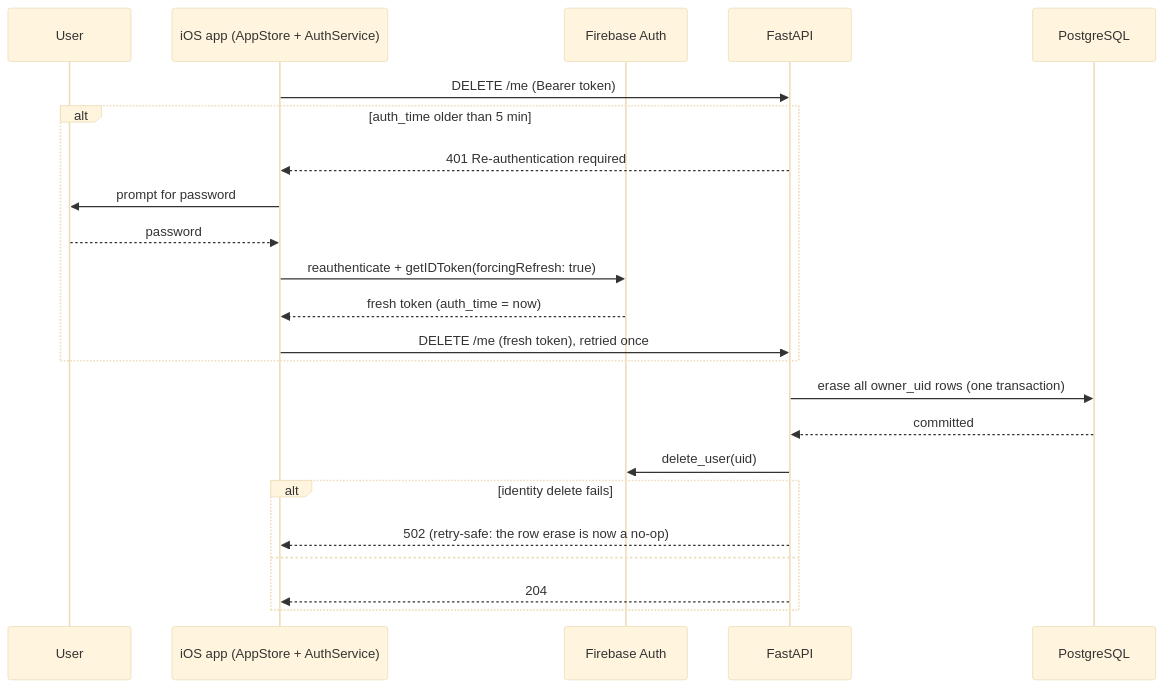
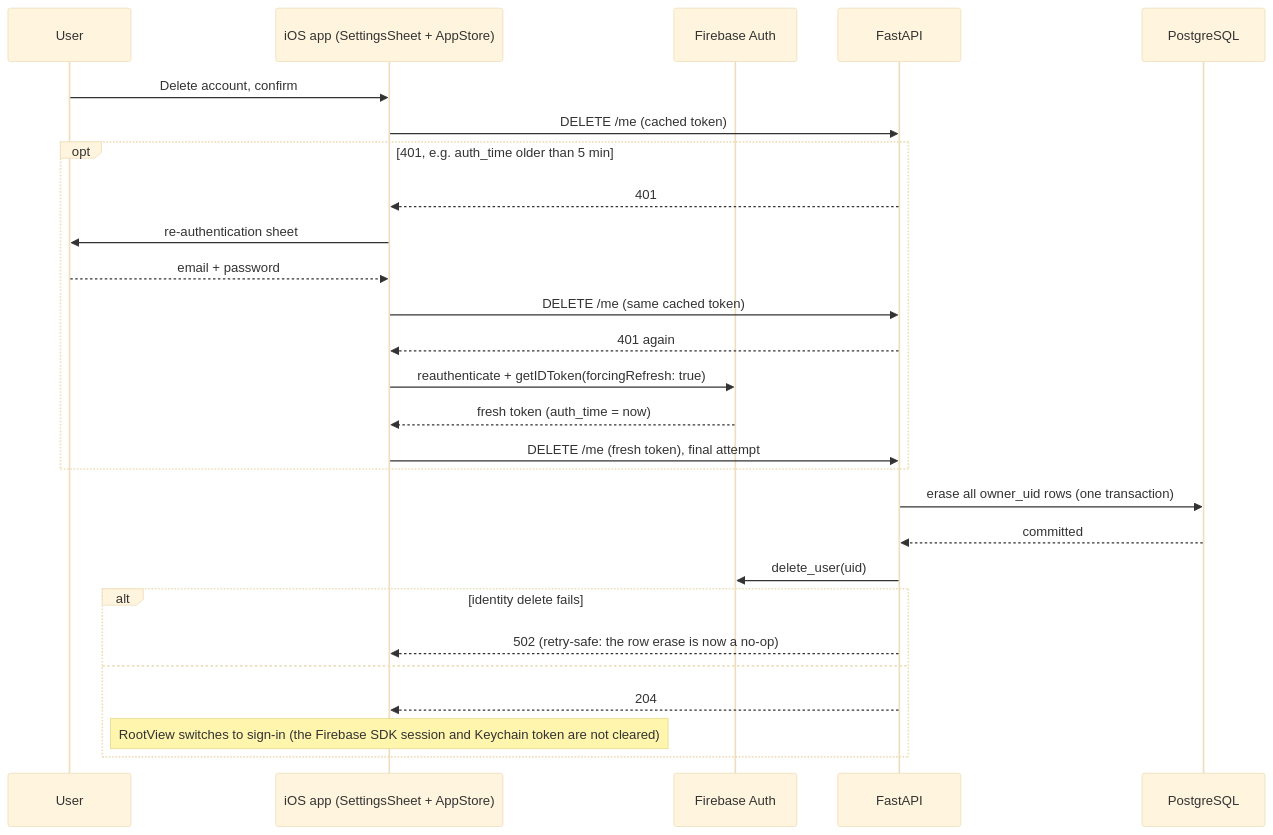
The fifth of 8 diagrams in docs/system_architecture.md (bretthinkle123/orbit-fitness-app), drawn with Mermaid (base theme) before and after one commit. The commit also changed other lines of this file and 17 other files, not shown here.

````diff
--- a/docs/system_architecture.md
+++ b/docs/system_architecture.md
@@ -121,26 +139,30 @@
 ```mermaid
 sequenceDiagram
     participant User
-    participant App as iOS app (AppStore + AuthService)
+    participant App as iOS app (SettingsSheet + AppStore)
     participant FB as Firebase Auth
     participant API as FastAPI
     participant DB as PostgreSQL
 
-    App->>API: DELETE /me (Bearer token)
-    alt auth_time older than 5 min
-        API-->>App: 401 Re-authentication required
-        App->>User: prompt for password
-        User-->>App: password
+    User->>App: Delete account, confirm
+    App->>API: DELETE /me (cached token)
+    opt 401, e.g. auth_time older than 5 min
+        API-->>App: 401
+        App->>User: re-authentication sheet
+        User-->>App: email + password
+        App->>API: DELETE /me (same cached token)
+        API-->>App: 401 again
         App->>FB: reauthenticate + getIDToken(forcingRefresh: true)
         FB-->>App: fresh token (auth_time = now)
-        App->>API: DELETE /me (fresh token), retried once
+        App->>API: DELETE /me (fresh token), final attempt
     end
     API->>DB: erase all owner_uid rows (one transaction)
     DB-->>API: committed
     API->>FB: delete_user(uid)
     alt identity delete fails
         API-->>App: 502 (retry-safe: the row erase is now a no-op)
     else
         API-->>App: 204
+        Note over App: RootView switches to sign-in (the Firebase SDK session and Keychain token are not cleared)
     end
 ```
````
